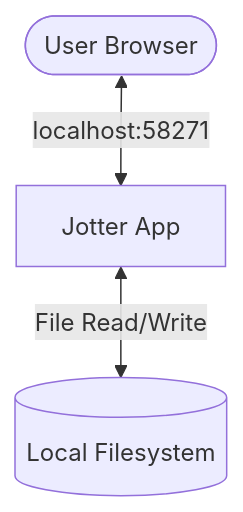
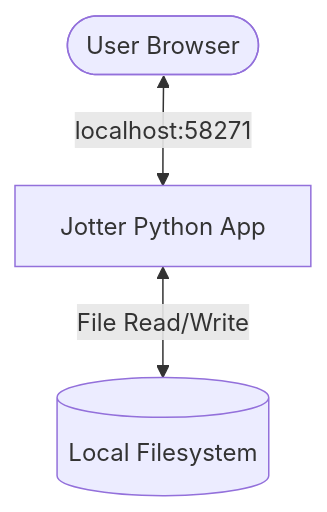
Before and after one commit to simon123h/Jotter: the first of 4 diagrams in docs/developer/architecture.md, drawn with Mermaid. The commit also changed other lines of this file and 87 other files, not shown here.

````diff
--- a/docs/developer/architecture.md
+++ b/docs/developer/architecture.md
@@ -35,5 +35,5 @@
 ```mermaid
 flowchart TD
-    User([User Browser]) <-->|localhost:58271| Jotter[Jotter App]
+    User([User Browser]) <-->|localhost:58271| Jotter[Jotter Python App]
     Jotter <-->|File Read/Write| FS[(Local Filesystem)]
 ```
````
